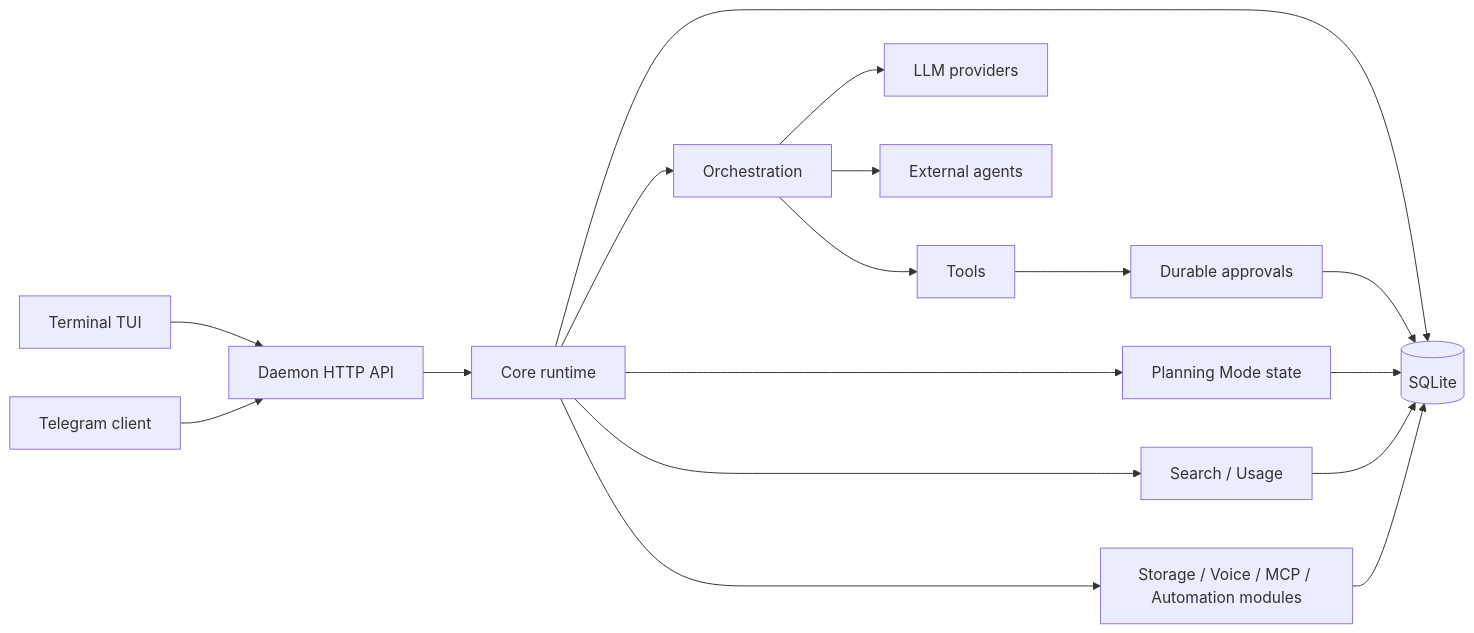
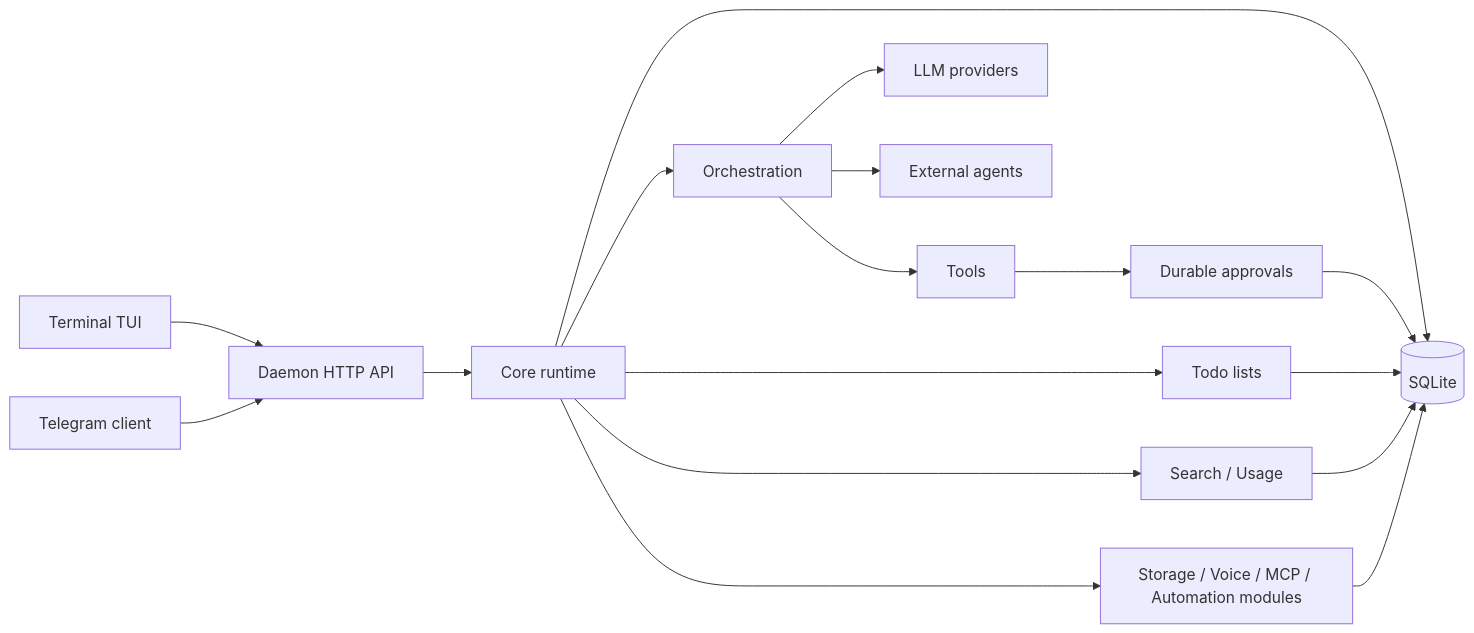
The second of 2 diagrams in README.md (Suren878/matrixclaw), drawn with Mermaid before and after one commit. The commit also changed other lines of this file and 5 other files, not shown here.

Commit message:
docs: the todo list replaces Planning Mode

````diff
--- a/README.md
+++ b/README.md
@@ -495,19 +476,19 @@
 ```mermaid
 flowchart LR
     TUI[Terminal TUI] --> API[Daemon HTTP API]
     TG[Telegram client] --> API
     API --> CORE[Core runtime]
     CORE --> STORE[(SQLite)]
     CORE --> ORCH[Orchestration]
     ORCH --> PROVIDERS[LLM providers]
     ORCH --> AGENTS[External agents]
     ORCH --> TOOLS[Tools]
     TOOLS --> APPROVALS[Durable approvals]
     APPROVALS --> STORE
-    CORE --> PLAN[Planning Mode state]
+    CORE --> TODO[Todo lists]
     CORE --> SEARCH[Search / Usage]
     CORE --> MODULES[Storage / Voice / MCP / Automation modules]
-    PLAN --> STORE
+    TODO --> STORE
     SEARCH --> STORE
     MODULES --> STORE
 ```
````
